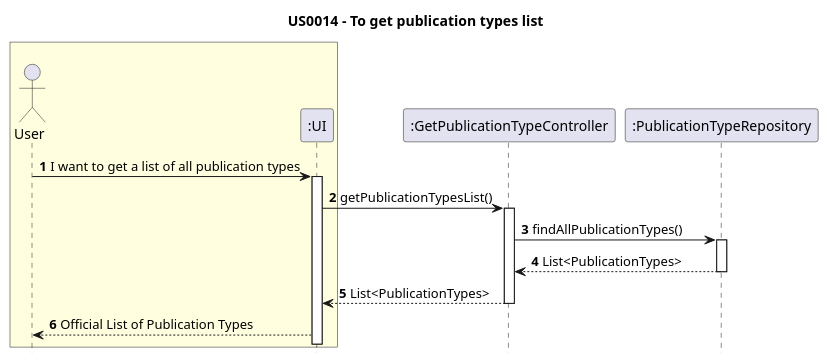
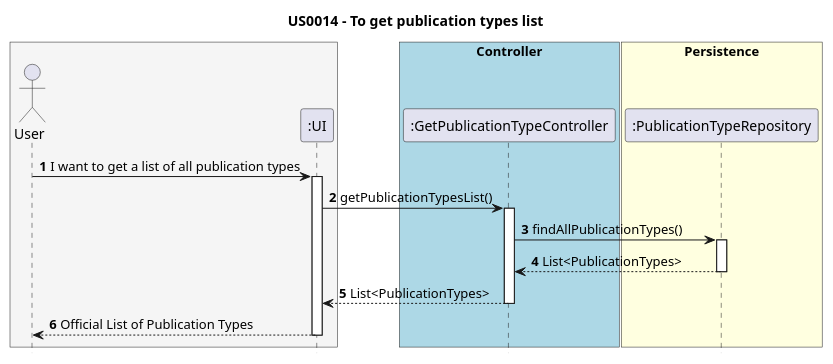
The diagram in Diagrams/SequenceDiagrams/N2/US014-to-get-publication-type-list.puml (AndrePereiraGitH/SWitCH-Project-Team_A), drawn with PlantUML before and after one commit. The commit also changed 2 other files, not shown here.

```diff
--- a/Diagrams/SequenceDiagrams/N2/US014-to-get-publication-type-list.puml
+++ b/Diagrams/SequenceDiagrams/N2/US014-to-get-publication-type-list.puml
@@ -1,33 +1,37 @@
 @startuml
 
 hide footbox
 title US0014 - To get publication types list
 
-box  #LightYellow
+box  #WhiteSmoke
 actor User
 participant ":UI" as UI
 end box
 
+box "Controller" #LightBlue
 participant ":GetPublicationTypeController" as GetPublicationTypeController
+end box
+
+box "Persistence" #LightYellow
 participant ":PublicationTypeRepository" as PublicationTypeRepository
-
+end box
 User -> UI : **1** I want to get a list of all publication types
 activate UI
 
 UI -> GetPublicationTypeController : **2** getPublicationTypesList()
 activate GetPublicationTypeController
 
 GetPublicationTypeController -> PublicationTypeRepository : **3** findAllPublicationTypes()
 activate PublicationTypeRepository
 
 PublicationTypeRepository --> GetPublicationTypeController : **4** List<PublicationTypes>
 deactivate PublicationTypeRepository
 
 GetPublicationTypeController --> UI : **5** List<PublicationTypes>
 deactivate GetPublicationTypeController
 
 UI --> User : **6** Official List of Publication Types
-
+deactivate
 
 
 @enduml
```
